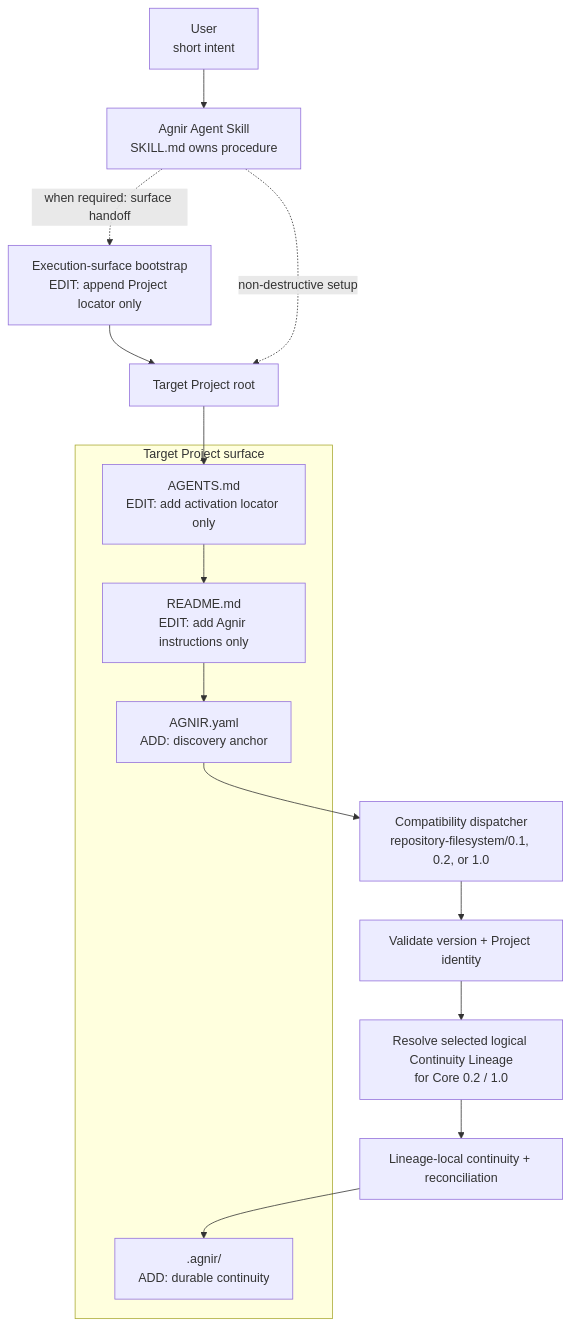
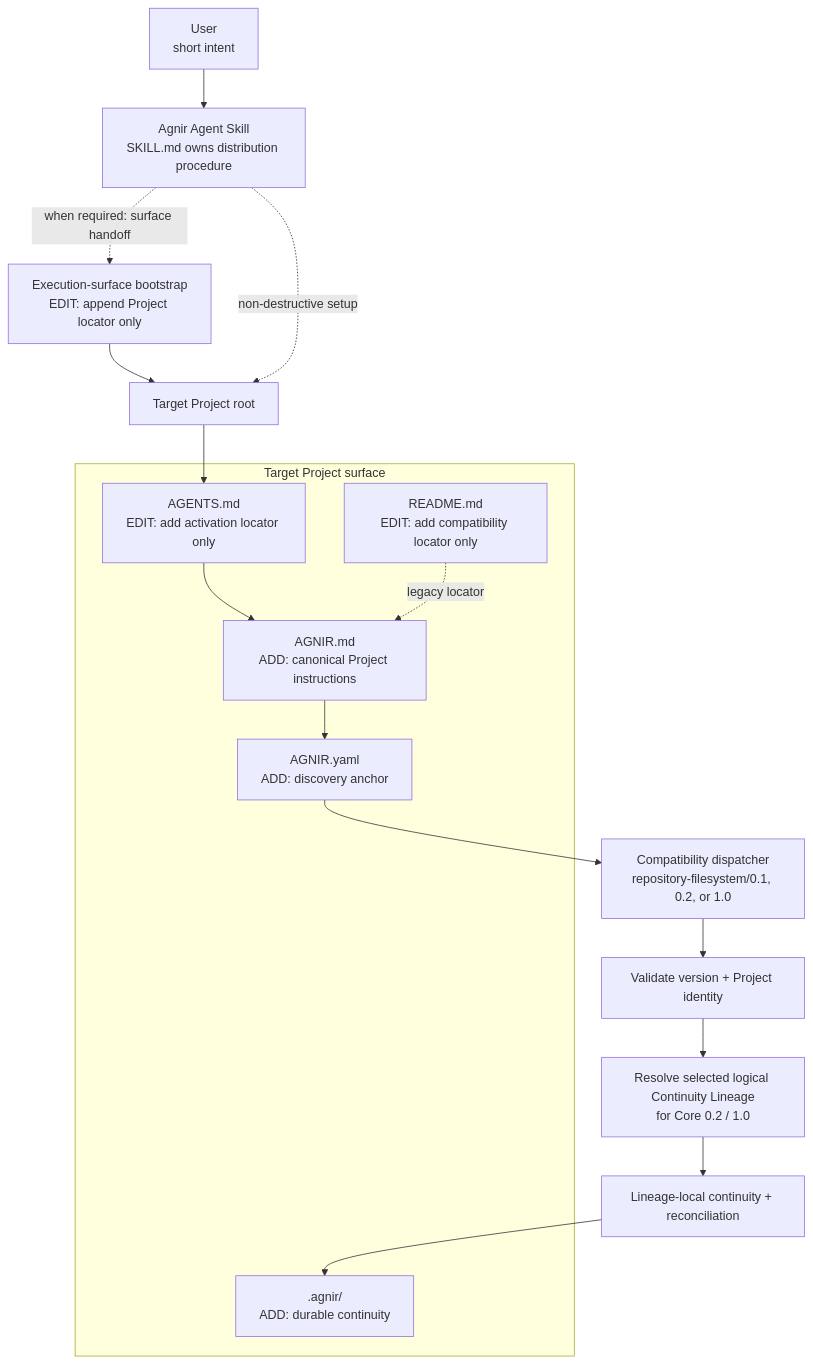
The first of 2 diagrams in README.md (iorLab/agnir), drawn with Mermaid before and after one commit. The commit also changed other lines of this file and 24 other files, not shown here.

````diff
--- a/README.md
+++ b/README.md
@@ -96,22 +88,24 @@
 ```mermaid
 flowchart TB
-    U[User\nshort intent] --> K[Agnir Agent Skill\nSKILL.md owns procedure]
+    U[User\nshort intent] --> K[Agnir Agent Skill\nSKILL.md owns distribution procedure]
     K -. when required: surface handoff .-> X[Execution-surface bootstrap\nEDIT: append Project locator only]
     X --> P[Target Project root]
     K -. non-destructive setup .-> P
 
     subgraph T[Target Project surface]
         G[AGENTS.md\nEDIT: add activation locator only]
-        H[README.md\nEDIT: add Agnir instructions only]
+        I[AGNIR.md\nADD: canonical Project instructions]
+        H[README.md\nEDIT: add compatibility locator only]
         A[AGNIR.yaml\nADD: discovery anchor]
         F[.agnir/\nADD: durable continuity]
-        G --> H --> A
+        G --> I --> A
+        H -. legacy locator .-> I
     end
 
     P --> G
     A --> D[Compatibility dispatcher\nrepository-filesystem/0.1, 0.2, or 1.0]
     D --> V[Validate version + Project identity]
     V --> L[Resolve selected logical Continuity Lineage\nfor Core 0.2 / 1.0]
     L --> M[Lineage-local continuity + reconciliation]
     M --> F
 ```
````
